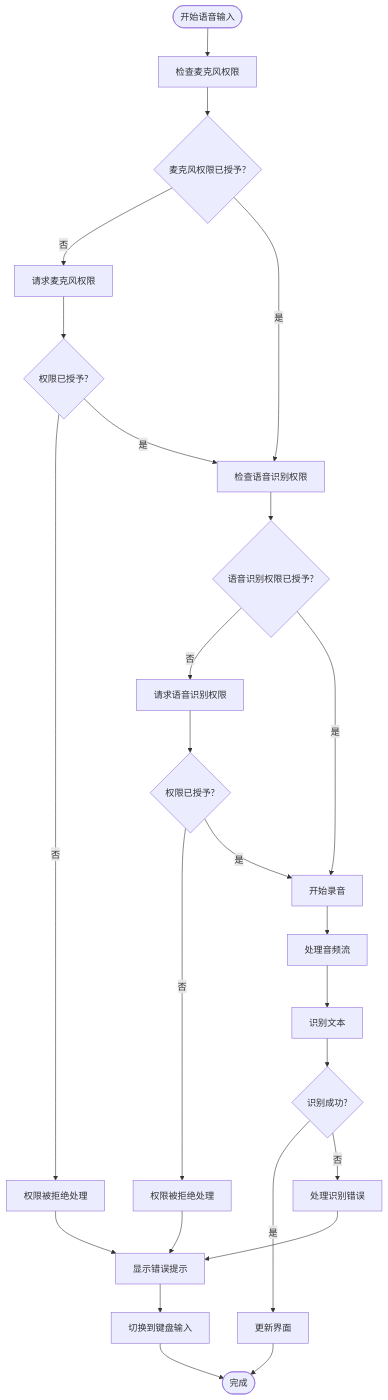
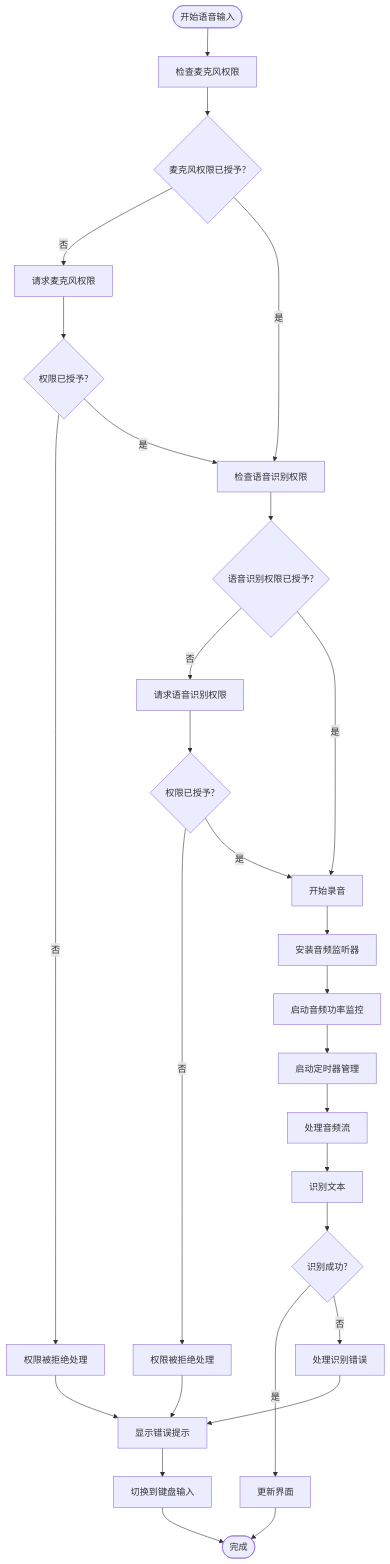
Before and after one commit to Jayden23018/blind-run-ios: the fifth of 9 diagrams in .qoder/repowiki/zh/content/开发指南/编码规范与最佳实践/无障碍开发规范/语音输入集成.md, drawn with Mermaid. The commit also changed other lines of this file and 15 other files, not shown here.

````diff
--- a/.qoder/repowiki/zh/content/开发指南/编码规范与最佳实践/无障碍开发规范/语音输入集成.md
+++ b/.qoder/repowiki/zh/content/开发指南/编码规范与最佳实践/无障碍开发规范/语音输入集成.md
@@ -236,27 +292,30 @@
 ```mermaid
 flowchart TD
 Start([开始语音输入]) --> CheckMicrophone["检查麦克风权限"]
 CheckMicrophone --> HasMicrophone{"麦克风权限已授予?"}
 HasMicrophone --> |否| RequestMicrophone["请求麦克风权限"]
 HasMicrophone --> |是| CheckSpeech["检查语音识别权限"]
 RequestMicrophone --> MicrophoneGranted{"权限已授予?"}
 MicrophoneGranted --> |否| DenyMicrophone["权限被拒绝处理"]
 MicrophoneGranted --> |是| CheckSpeech
 CheckSpeech --> HasSpeech{"语音识别权限已授予?"}
 HasSpeech --> |否| RequestSpeech["请求语音识别权限"]
 HasSpeech --> |是| StartRecording["开始录音"]
 RequestSpeech --> SpeechGranted{"权限已授予?"}
 SpeechGranted --> |否| DenySpeech["权限被拒绝处理"]
 SpeechGranted --> |是| StartRecording
 DenyMicrophone --> ShowError["显示错误提示"]
 DenySpeech --> ShowError
 ShowError --> Fallback["切换到键盘输入"]
-StartRecording --> ProcessAudio["处理音频流"]
+StartRecording --> InstallTap["安装音频监听器"]
+InstallTap --> PowerMonitoring["启动音频功率监控"]
+PowerMonitoring --> StartTimers["启动定时器管理"]
+StartTimers --> ProcessAudio["处理音频流"]
 ProcessAudio --> RecognizeText["识别文本"]
 RecognizeText --> Success{"识别成功?"}
 Success --> |是| UpdateUI["更新界面"]
 Success --> |否| HandleError["处理识别错误"]
 HandleError --> ShowError
 UpdateUI --> End([完成])
 Fallback --> End
 ```
````
